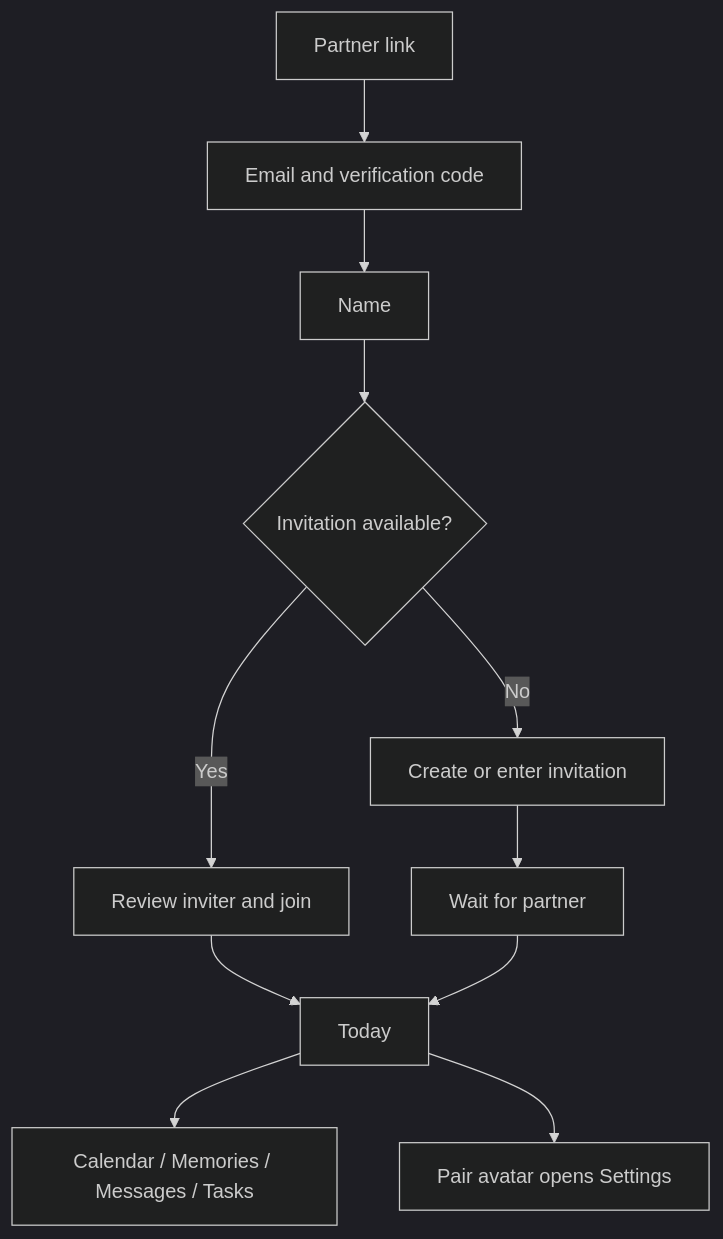
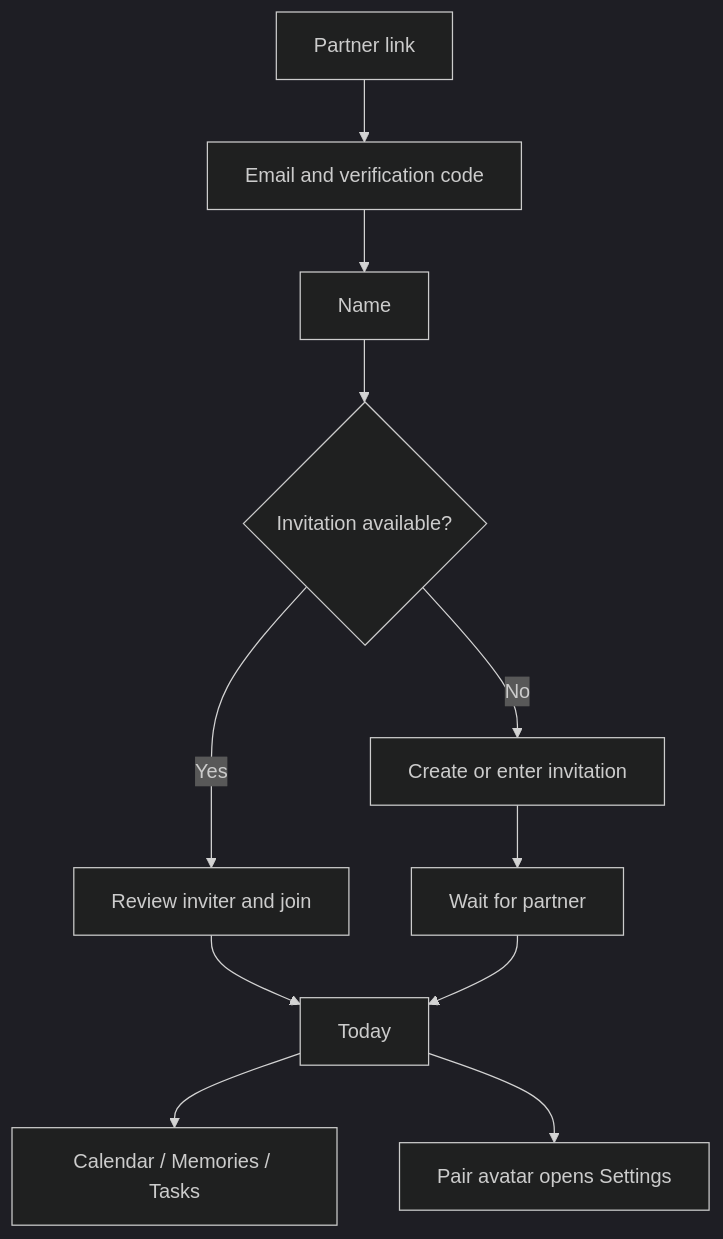
One commit to corashina/deseo changed the diagram in docs/README.md. Above: the diagram before and after it, drawn with Mermaid (dark theme). The commit also changed other lines of this file and 19 other files, not shown here.

First line of the commit message:
Merge Messages into a chat-first Today

````diff
--- a/docs/README.md
+++ b/docs/README.md
@@ -39,13 +39,13 @@
 ```mermaid
 flowchart TD
   Link[Partner link] --> Auth[Email and verification code]
   Auth --> Profile[Name]
   Profile --> Choice{Invitation available?}
   Choice -->|Yes| Confirm[Review inviter and join]
   Choice -->|No| Invite[Create or enter invitation]
   Invite --> Waiting[Wait for partner]
   Confirm --> Today[Today]
   Waiting --> Today
-  Today --> Sections[Calendar / Memories / Messages / Tasks]
+  Today --> Sections[Calendar / Memories / Tasks]
   Today --> Settings[Pair avatar opens Settings]
 ```
````
